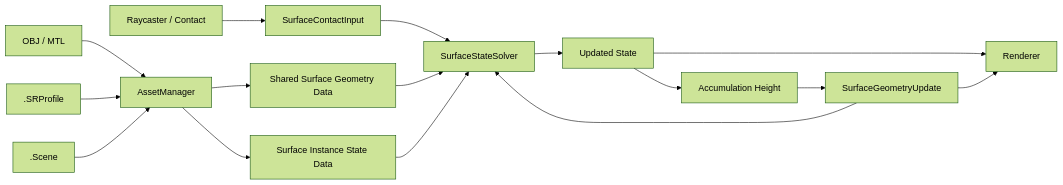
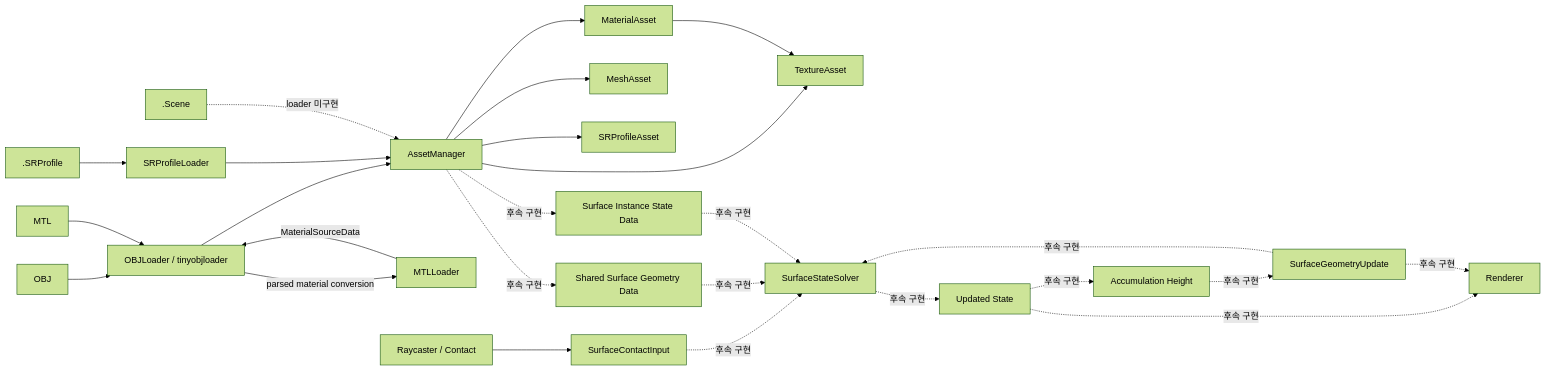
The diagram in Docs/MDSSP-Vault/03_Architecture/0001_Engine-Structure.md (Yonaim/Material-Dependent-Surface-State-Engine), drawn with Mermaid (forest theme) before and after one commit. The commit also changed other lines of this file and 11 other files, not shown here.

````diff
--- a/Docs/MDSSP-Vault/03_Architecture/0001_Engine-Structure.md
+++ b/Docs/MDSSP-Vault/03_Architecture/0001_Engine-Structure.md
@@ -32,18 +33,28 @@
 ```mermaid
 flowchart LR
-  OBJ[OBJ / MTL] --> Assets[AssetManager]
-  Profile[.SRProfile] --> Assets
-  SceneFile[.Scene] --> Assets
-  Assets --> Shared[Shared Surface Geometry Data]
-  Assets --> Instance[Surface Instance State Data]
+  OBJ[OBJ] --> OBJLoader[OBJLoader / tinyobjloader]
+  MTL[MTL] --> OBJLoader
+  OBJLoader --> Assets[AssetManager]
+  OBJLoader -->|parsed material conversion| MTLLoader[MTLLoader]
+  MTLLoader -->|MaterialSourceData| OBJLoader
+  Profile[.SRProfile] --> ProfileLoader[SRProfileLoader]
+  ProfileLoader --> Assets
+  SceneFile[.Scene] -. "loader 미구현" .-> Assets
+  Assets --> Material[MaterialAsset]
+  Assets --> Texture[TextureAsset]
+  Assets --> Mesh[MeshAsset]
+  Assets --> ProfileAsset[SRProfileAsset]
+  Material --> Texture
+  Assets -. "후속 구현" .-> Shared[Shared Surface Geometry Data]
+  Assets -. "후속 구현" .-> Instance[Surface Instance State Data]
   Ray[Raycaster / Contact] --> Input[SurfaceContactInput]
-  Input --> Solver[SurfaceStateSolver]
-  Shared --> Solver
-  Instance --> Solver
-  Solver --> NewState[Updated State]
-  NewState --> Acc[Accumulation Height]
-  Acc --> Geo[SurfaceGeometryUpdate]
-  NewState --> Render[Renderer]
-  Geo --> Render
-  Geo --> Solver
+  Input -. "후속 구현" .-> Solver[SurfaceStateSolver]
+  Shared -. "후속 구현" .-> Solver
+  Instance -. "후속 구현" .-> Solver
+  Solver -. "후속 구현" .-> NewState[Updated State]
+  NewState -. "후속 구현" .-> Acc[Accumulation Height]
+  Acc -. "후속 구현" .-> Geo[SurfaceGeometryUpdate]
+  NewState -. "후속 구현" .-> Render[Renderer]
+  Geo -. "후속 구현" .-> Render
+  Geo -. "후속 구현" .-> Solver
 ```
````
